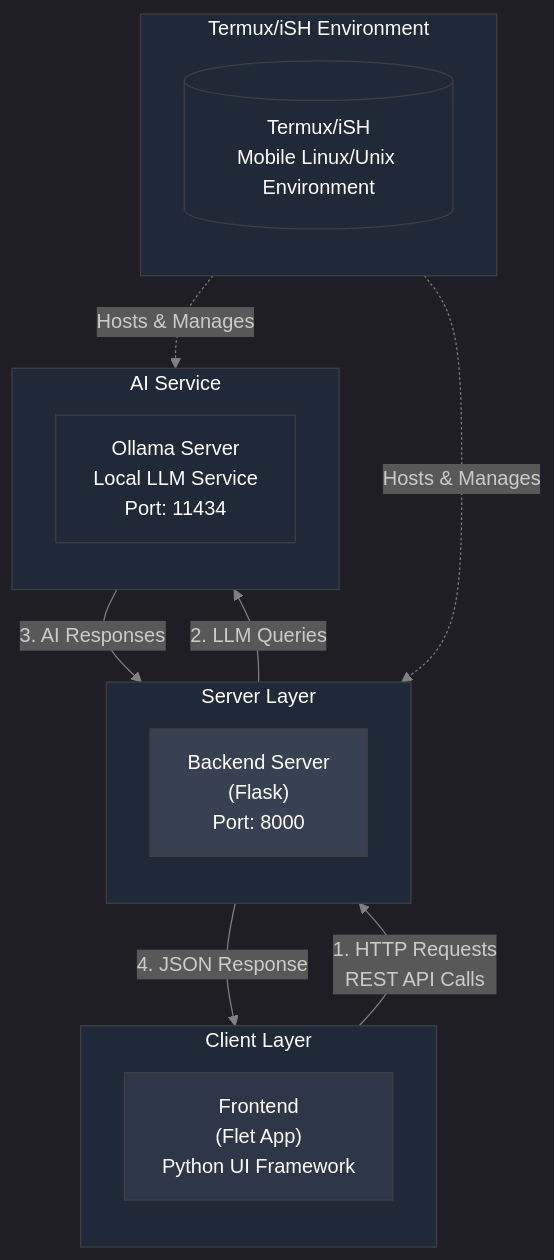
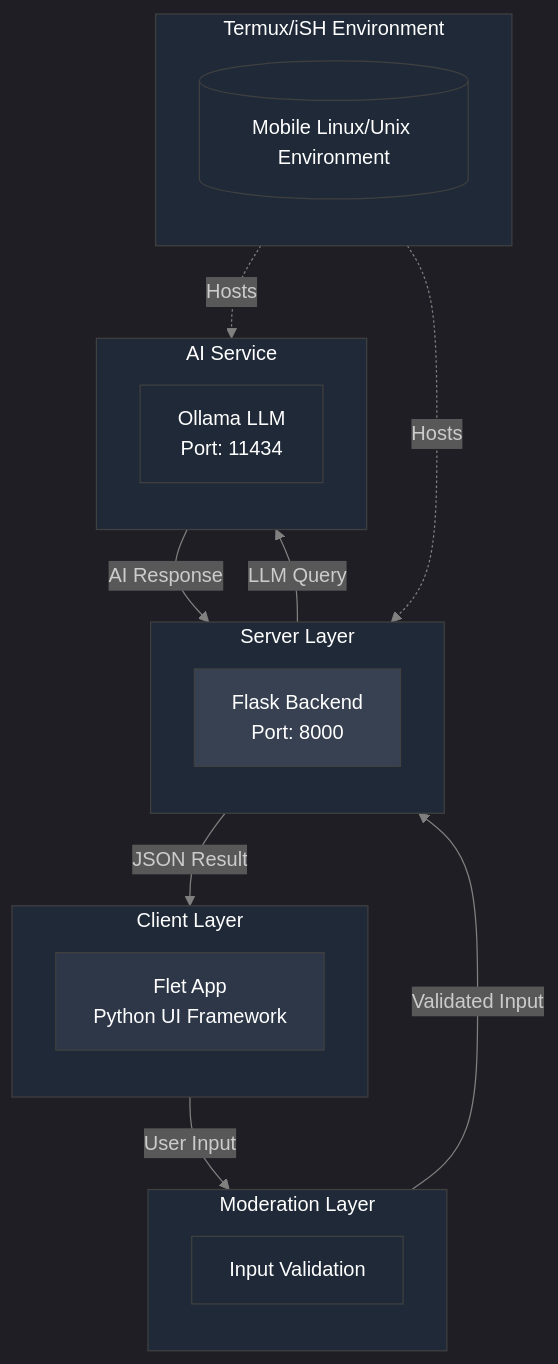
The diagram in README.md (LTS-VVE/ReliaChat), drawn with Mermaid before and after one commit. The commit also changed other lines of this file, not shown here.

````diff
--- a/README.md
+++ b/README.md
@@ -62,58 +110,55 @@
 ```mermaid
 %%{init: {
   'theme': 'dark',
   'themeVariables': {
     'fontFamily': 'arial',
     'fontSize': '16px',
     'lineColor': '#808080',
     'primaryColor': '#1f2937',
     'primaryTextColor': '#ffffff',
     'primaryBorderColor': '#404040',
     'secondaryColor': '#2d3748',
     'tertiaryColor': '#374151'
   }
 }}%%
-
 graph TD
-    %% Define main components
-    subgraph Termux[Termux/iSH Environment]
+    subgraph Termux["Termux/iSH Environment"]
         direction TB
-        TermuxNode[("Termux/iSH<br/>Mobile Linux/Unix Environment")]
+        TermuxNode[("Mobile Linux/Unix Environment")]
         style TermuxNode fill:#1f2937,stroke:#404040
     end
-
-    subgraph Client[Client Layer]
+    subgraph Client["Client Layer"]
         direction TB
-        FrontendNode["Frontend<br/>(Flet App)<br/>Python UI Framework"]
+        FrontendNode["Flet App<br/>Python UI Framework"]
         style FrontendNode fill:#2d3748,stroke:#404040
     end
-
-    subgraph Server[Server Layer]
+    subgraph Moderation["Moderation Layer"]
         direction TB
-        BackendNode["Backend Server<br/>(Flask)<br/>Port: 8000"]
+        ModerationNode["Input Validation"]
+        style ModerationNode fill:#1f2937,stroke:#404040
+    end
+    subgraph Server["Server Layer"]
+        direction TB
+        BackendNode["Flask Backend<br/>Port: 8000"]
         style BackendNode fill:#374151,stroke:#404040
     end
-
-    subgraph AI[AI Service]
+    subgraph AI["AI Service"]
         direction TB
-        OllamaNode["Ollama Server<br/>Local LLM Service<br/>Port: 11434"]
+        OllamaNode["Ollama LLM<br/>Port: 11434"]
         style OllamaNode fill:#1f2937,stroke:#404040
     end
-
-    %% Define relationships with detailed labels
-    FrontendNode -->|"1. HTTP Requests<br/>REST API Calls"| BackendNode
-    BackendNode -->|"2. LLM Queries"| OllamaNode
-    OllamaNode -->|"3. AI Responses"| BackendNode
-    BackendNode -->|"4. JSON Response"| FrontendNode
     
-    %% Hosting relationships
-    TermuxNode -.->|"Hosts & Manages"| BackendNode
-    TermuxNode -.->|"Hosts & Manages"| OllamaNode
-
-    %% Styling
+    FrontendNode -->|"User Input"| Moderation
+    Moderation -->|"Validated Input"| BackendNode
+    BackendNode -->|"LLM Query"| OllamaNode
+    OllamaNode -->|"AI Response"| BackendNode
+    BackendNode -->|"JSON Result"| FrontendNode
+    
+    TermuxNode -.->|"Hosts"| BackendNode
+    TermuxNode -.->|"Hosts"| OllamaNode
+    
     classDef default fill:#2d3748,stroke:#404040,color:#fff
     classDef container fill:#1f2937,stroke:#404040,color:#fff
     
-    %% Apply container styling to subgraphs
-    class Termux,Client,Server,AI container
+    class Termux,Client,Moderation,Server,AI container
 ```
````
